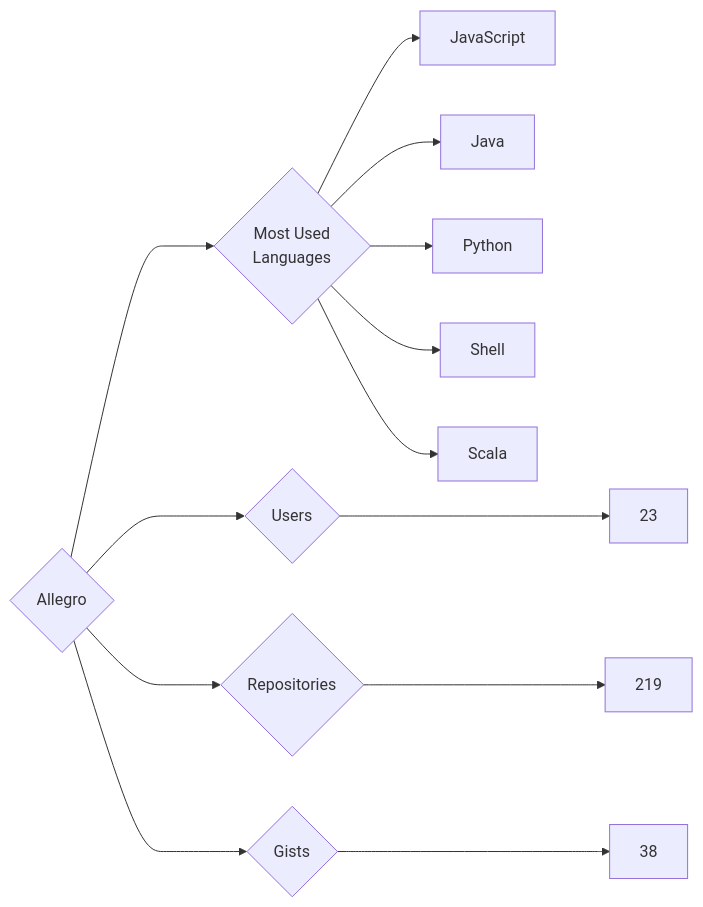
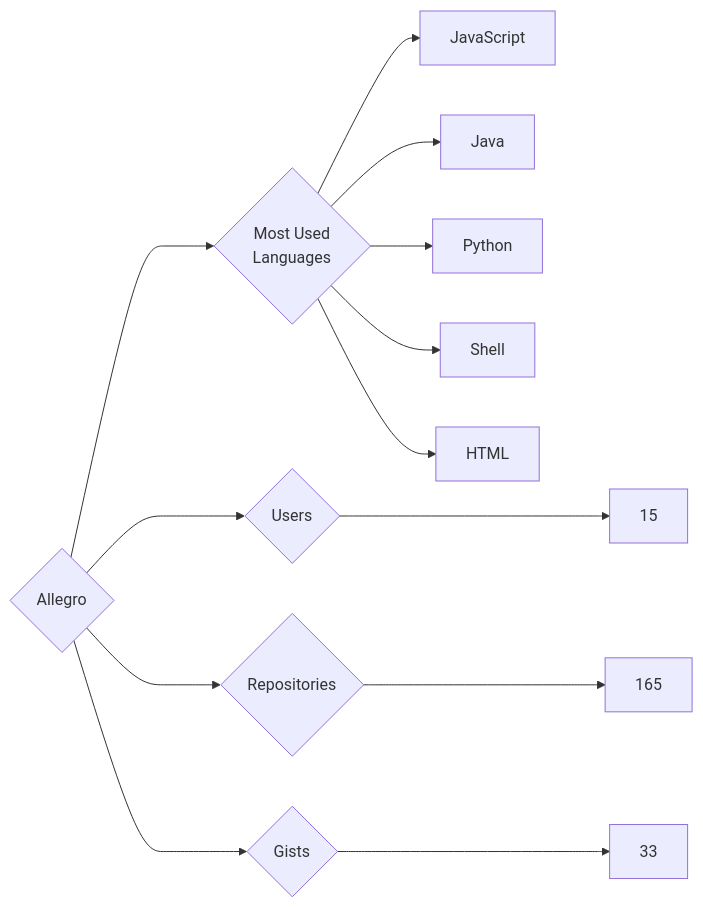
Before and after one commit to trickest/insiders: the diagram in targets/Allegro/README.md, drawn with Mermaid. The commit also changed 1084 other files, not shown here.

````diff
--- a/targets/Allegro/README.md
+++ b/targets/Allegro/README.md
@@ -3,13 +3,13 @@
 ```mermaid
 graph LR
 COMPANY_NAME{Allegro}
-COMPANY_NAME ---> U{Users} ---> UN[23]
-COMPANY_NAME ---> R{Repositories} ---> RN[219]
-COMPANY_NAME ---> G{Gists} ---> GN[38]
+COMPANY_NAME ---> U{Users} ---> UN[15]
+COMPANY_NAME ---> R{Repositories} ---> RN[165]
+COMPANY_NAME ---> G{Gists} ---> GN[33]
 COMPANY_NAME ---> ML{Most Used<br>Languages}
 ML --> JavaScript[JavaScript]
 ML --> Java[Java]
 ML --> Python[Python]
 ML --> Shell[Shell]
-ML --> Scala[Scala]
+ML --> HTML[HTML]
 ```
````
